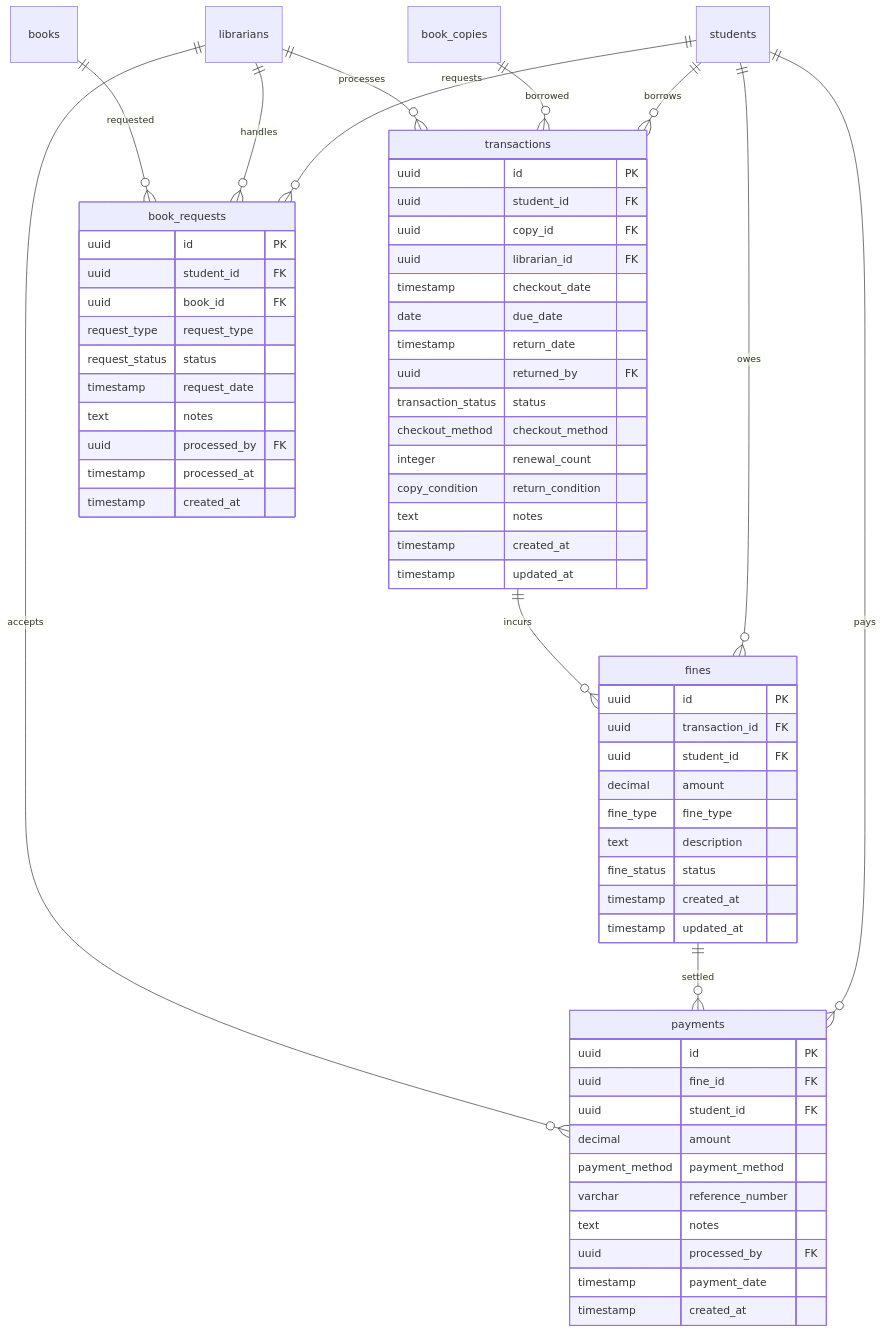
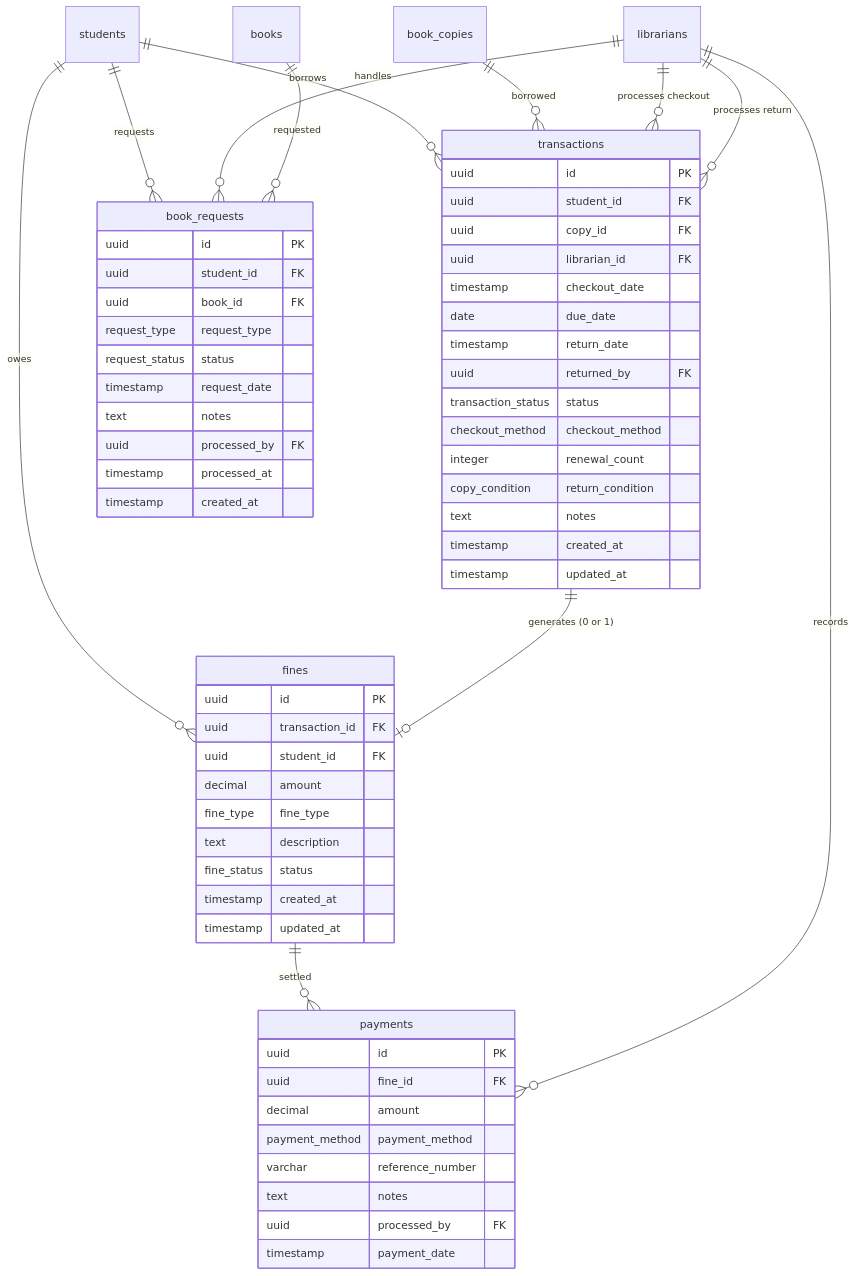
Before and after one commit to Skufu/HolyRedeemer: the fourth of 6 diagrams in DATABASE_SCHEMA.md, drawn with Mermaid. The commit also changed other lines of this file, not shown here.

Commit message:
fix: database schema remove duplciates

````diff
--- a/DATABASE_SCHEMA.md
+++ b/DATABASE_SCHEMA.md
@@ -160,70 +202,68 @@
 ```mermaid
 erDiagram
     transactions {
         uuid id PK
         uuid student_id FK
         uuid copy_id FK
         uuid librarian_id FK
         timestamp checkout_date
         date due_date
         timestamp return_date
         uuid returned_by FK
         transaction_status status
         checkout_method checkout_method
         integer renewal_count
         copy_condition return_condition
         text notes
         timestamp created_at
         timestamp updated_at
     }
     
     fines {
         uuid id PK
         uuid transaction_id FK
         uuid student_id FK
         decimal amount
         fine_type fine_type
         text description
         fine_status status
         timestamp created_at
         timestamp updated_at
     }
     
     payments {
         uuid id PK
         uuid fine_id FK
-        uuid student_id FK
         decimal amount
         payment_method payment_method
         varchar reference_number
         text notes
         uuid processed_by FK
         timestamp payment_date
-        timestamp created_at
     }
     
     book_requests {
         uuid id PK
         uuid student_id FK
         uuid book_id FK
         request_type request_type
         request_status status
         timestamp request_date
         text notes
         uuid processed_by FK
         timestamp processed_at
         timestamp created_at
     }
     
     students ||--o{ transactions : "borrows"
     students ||--o{ fines : "owes"
-    students ||--o{ payments : "pays"
     students ||--o{ book_requests : "requests"
     book_copies ||--o{ transactions : "borrowed"
-    transactions ||--o{ fines : "incurs"
+    transactions ||--o| fines : "generates (0 or 1)"
     fines ||--o{ payments : "settled"
-    librarians ||--o{ transactions : "processes"
-    librarians ||--o{ payments : "accepts"
+    librarians ||--o{ transactions : "processes checkout"
+    librarians ||--o{ transactions : "processes return"
+    librarians ||--o{ payments : "records"
     librarians ||--o{ book_requests : "handles"
     books ||--o{ book_requests : "requested"
 ```
````
